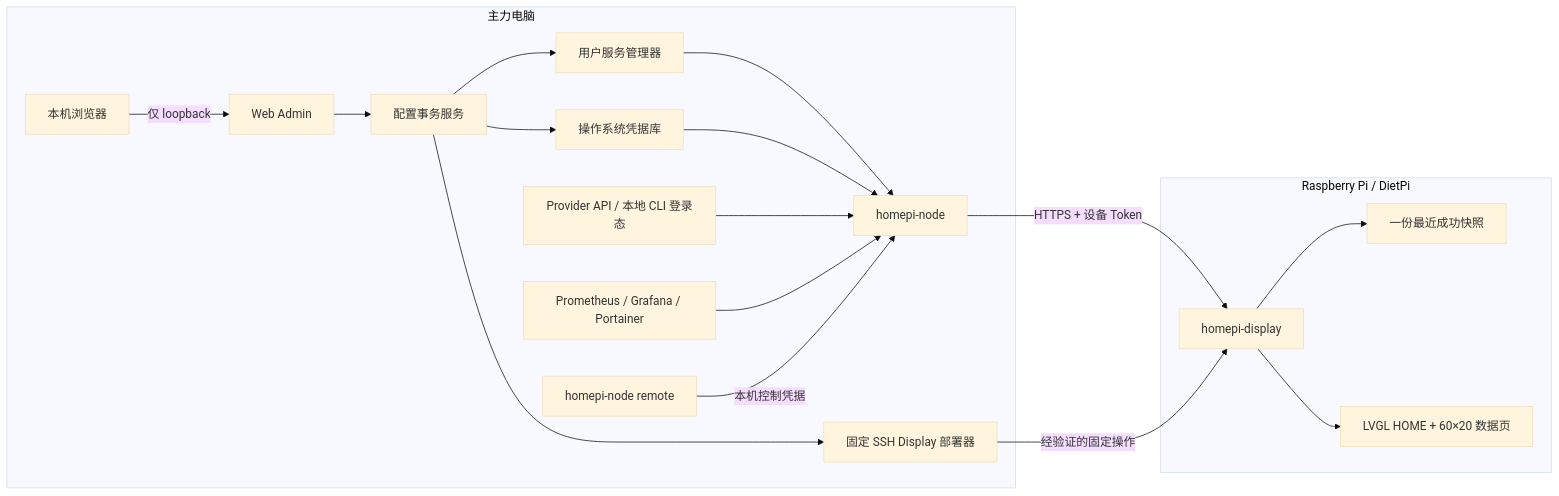
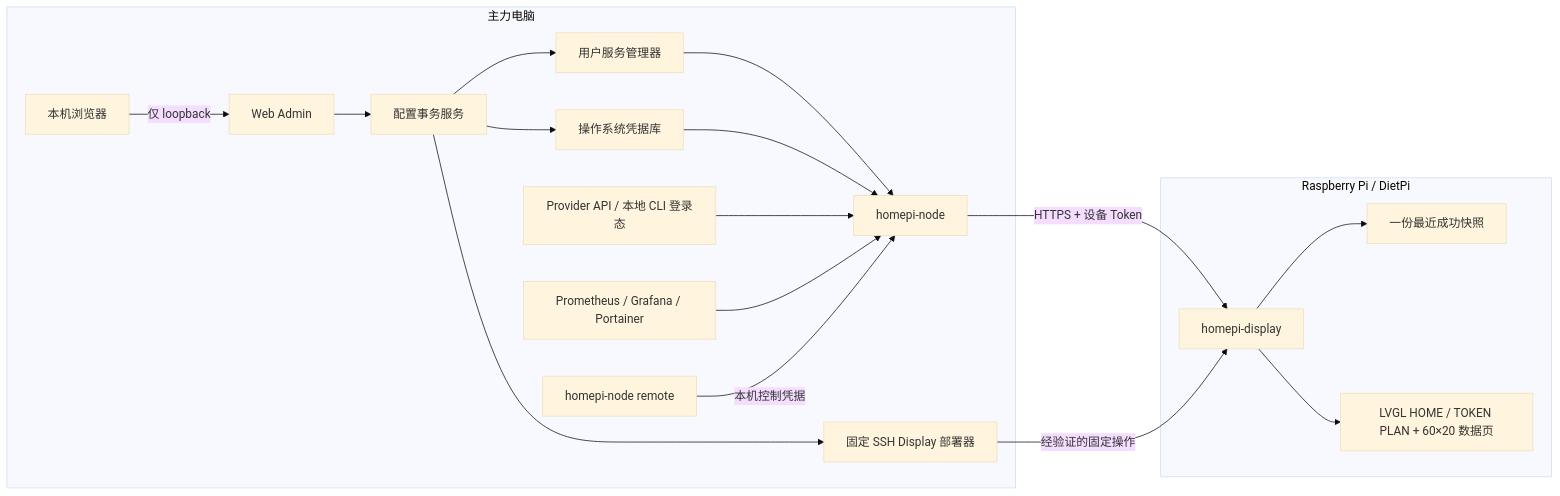
Before and after one commit to galendai/homepi-mon: the diagram in README.zh-CN.md, drawn with Mermaid (base theme). The commit also changed other lines of this file and 33 other files, not shown here.

First line of the commit message:
feat(display): redesign native token plan and API cards

````diff
--- a/README.zh-CN.md
+++ b/README.zh-CN.md
@@ -74,23 +74,23 @@
 ```mermaid
 flowchart LR
     subgraph Host["主力电脑"]
         Browser["本机浏览器"] -->|"仅 loopback"| Admin["Web Admin"]
         Admin --> Config["配置事务服务"]
         Config --> Secrets["操作系统凭据库"]
         Config --> Service["用户服务管理器"]
         Config --> Deploy["固定 SSH Display 部署器"]
         Service --> Node["homepi-node"]
         Secrets --> Node
         Providers["Provider API / 本地 CLI 登录态"] --> Node
         HomeLab["Prometheus / Grafana / Portainer"] --> Node
         Remote["homepi-node remote"] -->|"本机控制凭据"| Node
     end
 
     subgraph Pi["Raspberry Pi / DietPi"]
         Display["homepi-display"] --> Cache["一份最近成功快照"]
-        Display --> GUI["LVGL HOME + 60×20 数据页"]
+        Display --> GUI["LVGL HOME / TOKEN PLAN + 60×20 数据页"]
     end
 
     Node -->|"HTTPS + 设备 Token"| Display
     Deploy -->|"经验证的固定操作"| Display
 ```
````
